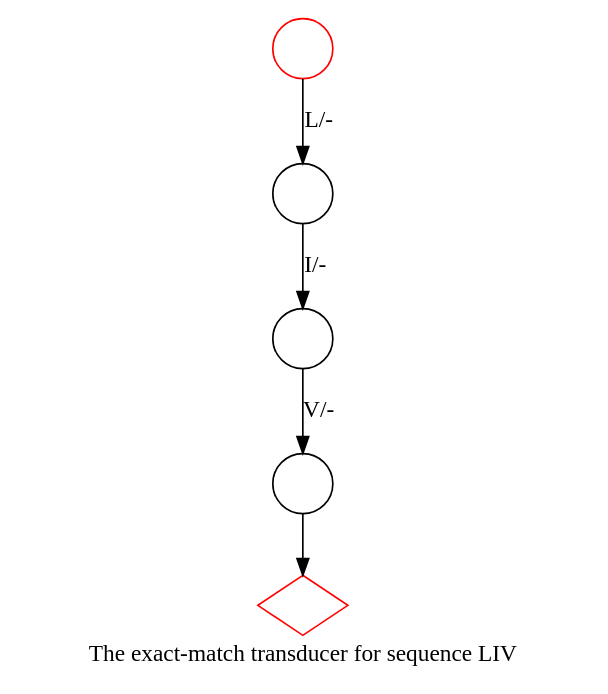
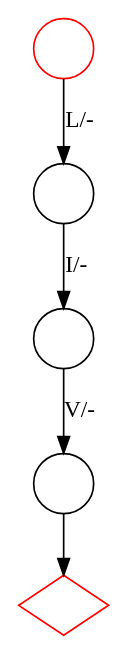
One commit to ihh/transducer-tutorial changed the diagram in liv-small.dot. Above: the diagram before and after it, drawn with Graphviz. The commit also changed 35 other files, not shown here.

Commit message:
Moving to automatic generation of state diagrams

```diff
--- a/liv-small.dot
+++ b/liv-small.dot
@@ -1,15 +1,15 @@
 digraph G {
     S [label="", shape=circle, color=red];
     E [label="", shape=diamond, color=red];
 
     D1 [label="", shape=circle];
     D2 [label="", shape=circle];
     D3 [label="", shape=circle];
 
     S->D1 [label="L/-"];
     D1->D2 [label="I/-"];
     D2->D3 [label="V/-"];
     D3->E;
 
-    label="The exact-match transducer for sequence LIV";
+
 }
```
